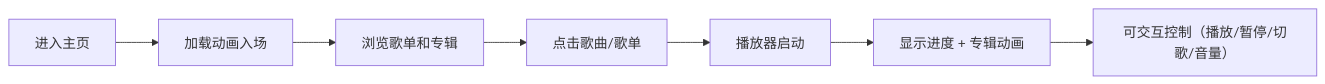
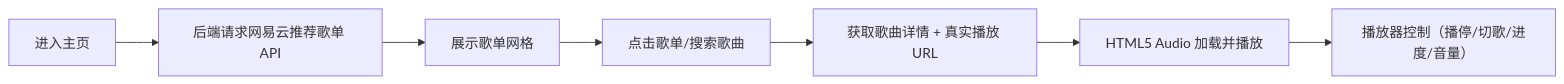
One commit to Fionn7/Music changed the diagram in .trae/documents/PRD.md. Above: the diagram before and after it, drawn with Mermaid. The commit also changed other lines of this file, not shown here.

````diff
--- a/.trae/documents/PRD.md
+++ b/.trae/documents/PRD.md
@@ -26,9 +28,9 @@
 ```mermaid
 flowchart LR
-    A["进入主页"] --> B["加载动画入场"]
-    B --> C["浏览歌单和专辑"]
-    C --> D["点击歌曲/歌单"]
-    D --> E["播放器启动"]
-    E --> F["显示进度 + 专辑动画"]
-    F --> G["可交互控制（播放/暂停/切歌/音量）"]
+    A["进入主页"] --> B["后端请求网易云推荐歌单 API"]
+    B --> C["展示歌单网格"]
+    C --> D["点击歌单/搜索歌曲"]
+    D --> E["获取歌曲详情 + 真实播放 URL"]
+    E --> F["HTML5 Audio 加载并播放"]
+    F --> G["播放器控制（播停/切歌/进度/音量）"]
 ```
````
